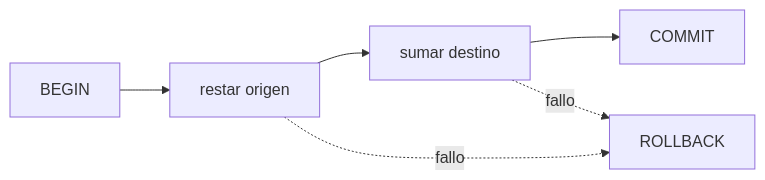
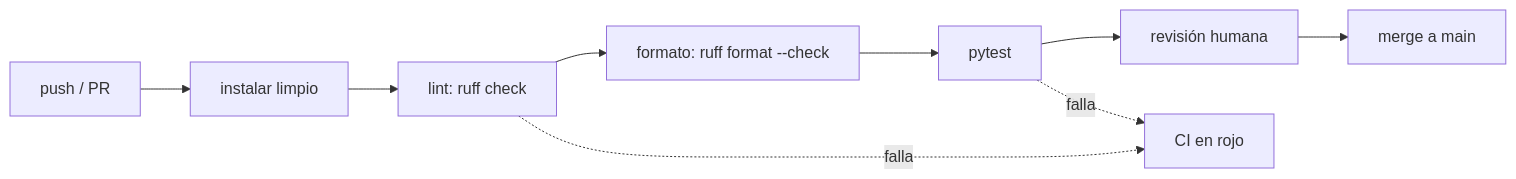
The fourth of 4 diagrams in web/public/content/foundations/modulo-4.md (NICORUIZ93/The_Imperial_Book), drawn with Mermaid before and after one commit. The commit also changed other lines of this file and 305 other files, not shown here.

````diff
--- a/web/public/content/foundations/modulo-4.md
+++ b/web/public/content/foundations/modulo-4.md
@@ -1215,6 +1292,7 @@
 ```mermaid
 flowchart LR
-    BEGIN["BEGIN"] --> SUB["restar origen"] --> ADD["sumar destino"] --> COMMIT["COMMIT"]
-    SUB -. "fallo" .-> ROLLBACK["ROLLBACK"]
-    ADD -. "fallo" .-> ROLLBACK
+    PUSH["push / PR"] --> INSTALL["instalar limpio"] --> LINT["lint: ruff check"]
+    LINT --> FMT["formato: ruff format --check"] --> TEST["pytest"] --> REVIEW["revisión humana"] --> MERGE["merge a main"]
+    LINT -. "falla" .-> STOP["CI en rojo"]
+    TEST -. "falla" .-> STOP
 ```
````
